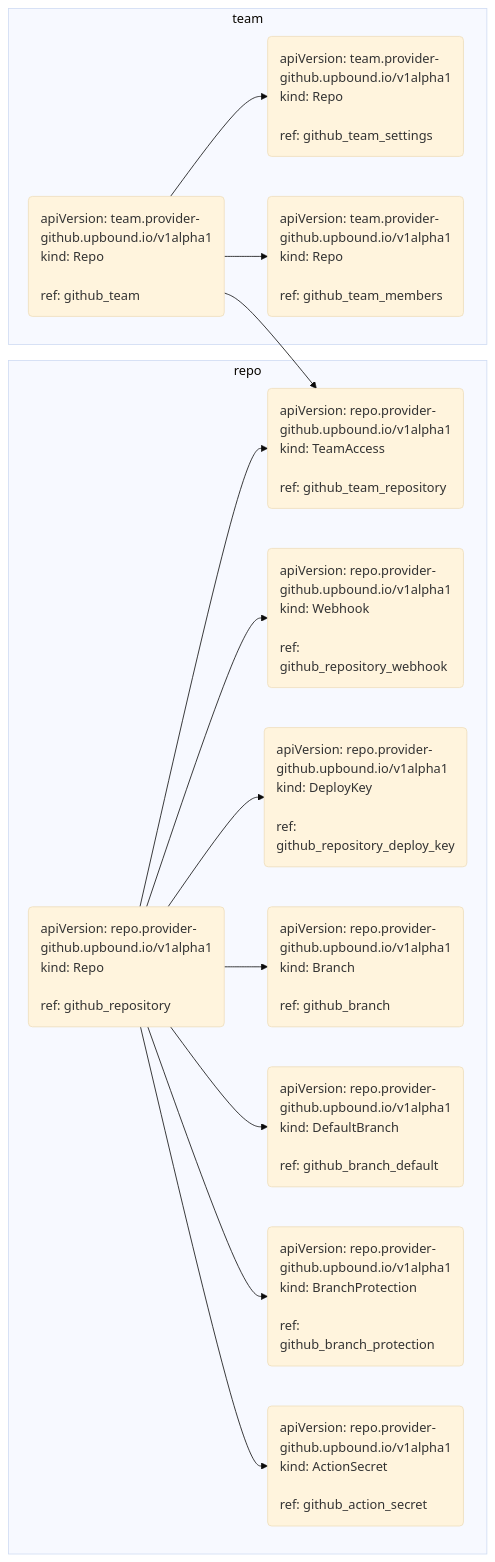
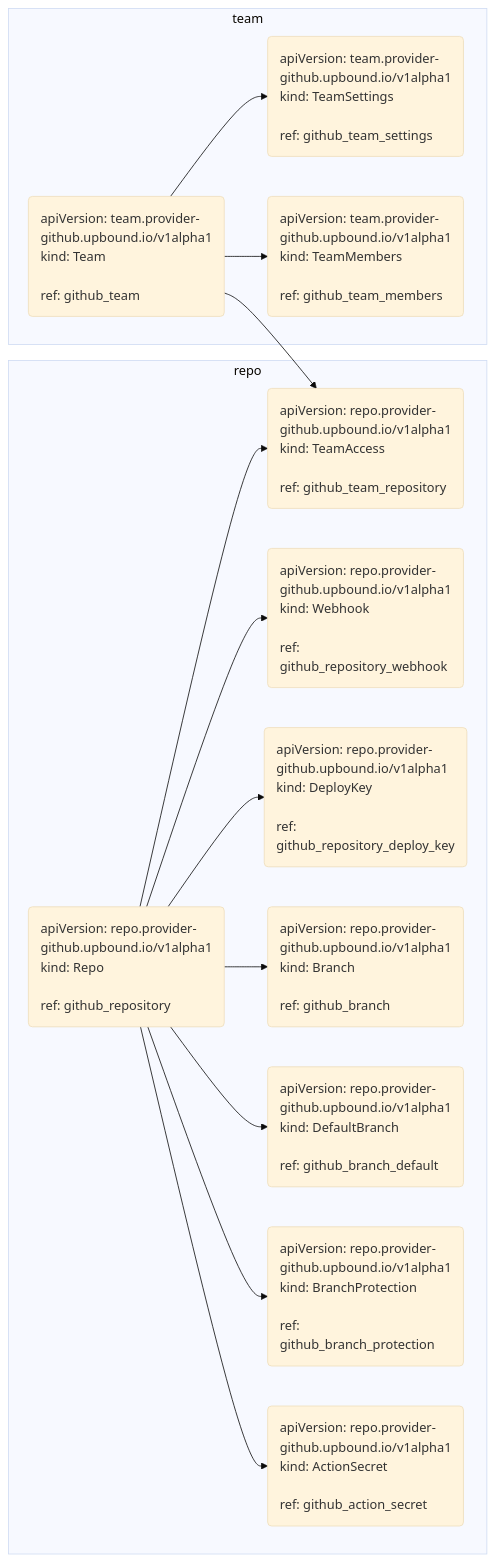
The second of 2 diagrams in docs/design.md (crossplane-contrib/provider-upjet-github), drawn with Mermaid before and after one commit.

Commit message:
fix some kinds

````diff
--- a/docs/design.md
+++ b/docs/design.md
@@ -30,40 +30,40 @@
 ```mermaid
 %%{
     init: {
         'flowchart' : {
             'curve' : 'basis'
         },
         'theme':'base'
     }
 }%%
 
 graph LR
     classDef default text-align: left;
     Team.team --> TeamAccess.repo
     subgraph repo
         Repo.repo(apiVersion: repo.provider-github.upbound.io/v1alpha1<br/>kind: Repo<br/><br/>ref: github_repository)
         Webhook.repo(apiVersion: repo.provider-github.upbound.io/v1alpha1<br/>kind: Webhook<br/><br/>ref: github_repository_webhook)
         DeployKey.repo(apiVersion: repo.provider-github.upbound.io/v1alpha1<br/>kind: DeployKey<br/><br/>ref: github_repository_deploy_key)
         Branch.repo(apiVersion: repo.provider-github.upbound.io/v1alpha1<br/>kind: Branch<br/><br/>ref: github_branch)
         DefaultBranch.repo(apiVersion: repo.provider-github.upbound.io/v1alpha1<br/>kind: DefaultBranch<br/><br/>ref: github_branch_default)
         BranchProtection.repo(apiVersion: repo.provider-github.upbound.io/v1alpha1<br/>kind: BranchProtection<br/><br/>ref: github_branch_protection)
         ActionSecret.repo(apiVersion: repo.provider-github.upbound.io/v1alpha1<br/>kind: ActionSecret<br/><br/>ref: github_action_secret)
         TeamAccess.repo(apiVersion: repo.provider-github.upbound.io/v1alpha1<br/>kind: TeamAccess<br/><br/>ref: github_team_repository)   
         
         Repo.repo --> Webhook.repo
         Repo.repo --> DeployKey.repo
         Repo.repo --> Branch.repo
         Repo.repo --> DefaultBranch.repo
         Repo.repo --> BranchProtection.repo
         Repo.repo --> ActionSecret.repo
         Repo.repo --> TeamAccess.repo
     end
     subgraph team
-        Team.team(apiVersion: team.provider-github.upbound.io/v1alpha1<br/>kind: Repo<br/><br/>ref: github_team)
-        TeamSettings.team(apiVersion: team.provider-github.upbound.io/v1alpha1<br/>kind: Repo<br/><br/>ref: github_team_settings)
-        TeamMembers.team(apiVersion: team.provider-github.upbound.io/v1alpha1<br/>kind: Repo<br/><br/>ref: github_team_members)
+        Team.team(apiVersion: team.provider-github.upbound.io/v1alpha1<br/>kind: Team<br/><br/>ref: github_team)
+        TeamSettings.team(apiVersion: team.provider-github.upbound.io/v1alpha1<br/>kind: TeamSettings<br/><br/>ref: github_team_settings)
+        TeamMembers.team(apiVersion: team.provider-github.upbound.io/v1alpha1<br/>kind: TeamMembers<br/><br/>ref: github_team_members)
 
         Team.team --> TeamSettings.team
         Team.team --> TeamMembers.team
     end
 ```
````
